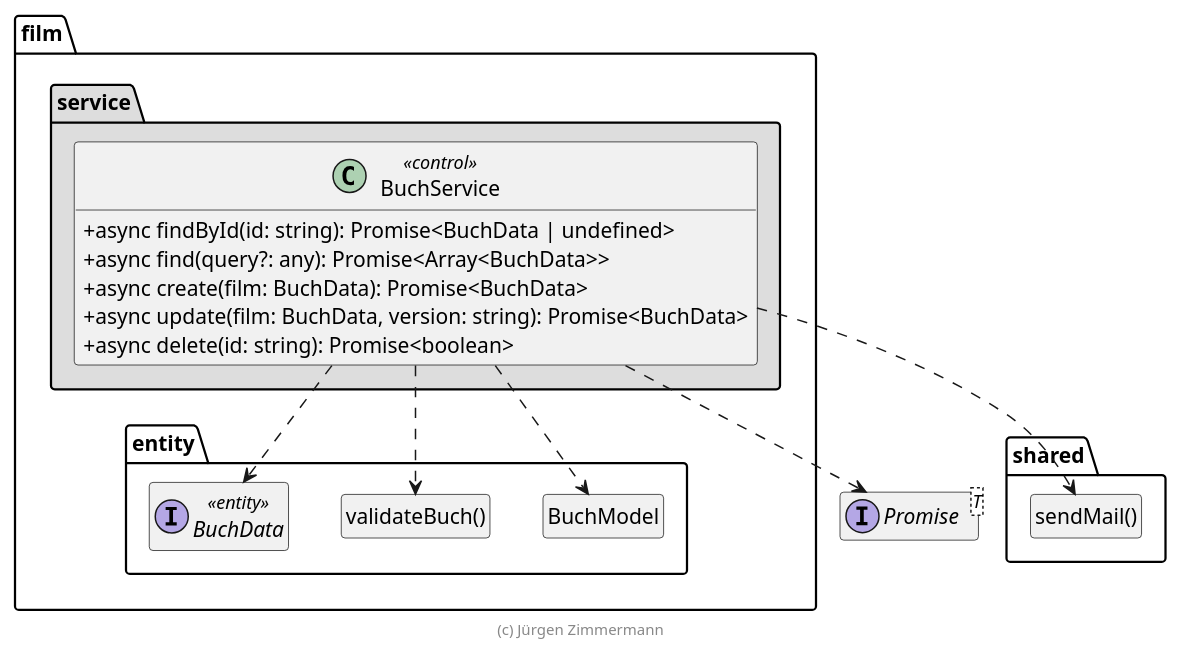
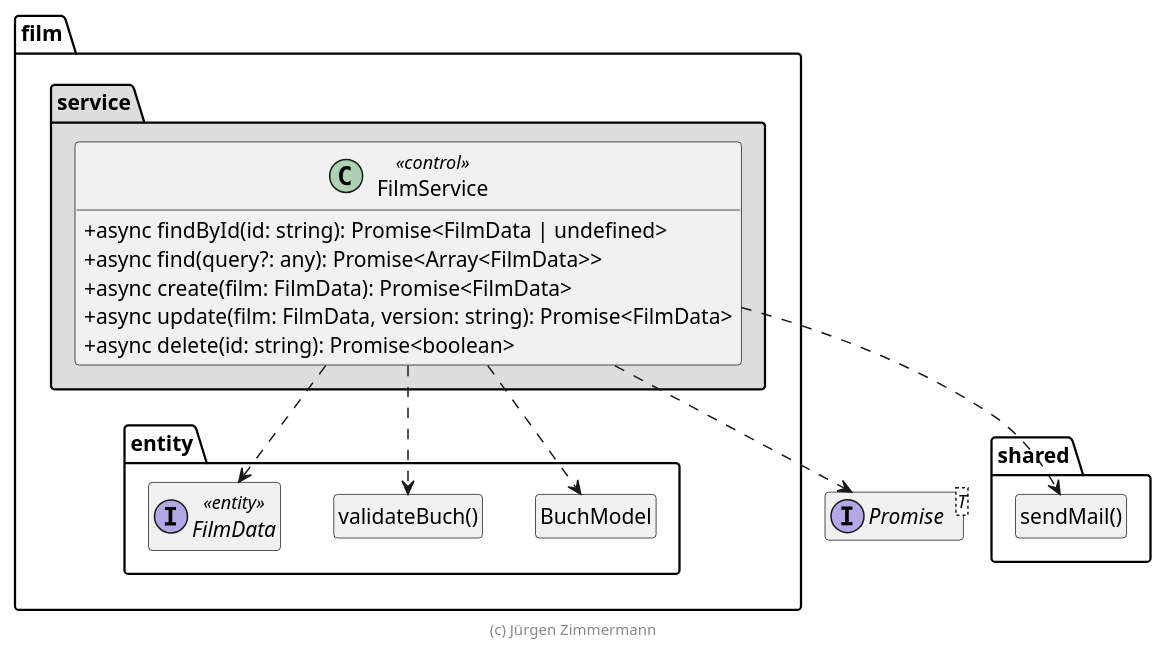
The diagram in doc/entwicklerhandbuch/FilmService.puml (marcelmaerdian/SWE_WS2020), drawn with PlantUML before and after one commit. The commit also changed 24 other files, not shown here.

```diff
--- a/doc/entwicklerhandbuch/FilmService.puml
+++ b/doc/entwicklerhandbuch/FilmService.puml
@@ -15,46 +15,46 @@
 @startuml Anwendungskern
 
 !pragma useNewPackage
 skinparam classAttributeIconSize 0
 skinparam componentStyle uml2
 
 interface Promise<T>
 
 package shared {
   class "sendMail()" as sendMail
   hide sendMail circle
 }
 
 package film {
   package entity {
     class BuchModel
     hide BuchModel circle
 
     class "validateBuch()" as validateBuch
     hide validateBuch circle
 
-    interface BuchData <<entity>>
+    interface FilmData <<entity>>
   }
 
   package service #DDDDDD {
-    BuchService ..> Promise
-    BuchService ..> BuchModel
-    BuchService ..> BuchData
-    BuchService ..> validateBuch
-    BuchService ..> sendMail
+    FilmService ..> Promise
+    FilmService ..> BuchModel
+    FilmService ..> FilmData
+    FilmService ..> validateBuch
+    FilmService ..> sendMail
 
-    class BuchService << control >> {
-      + async findById(id: string): Promise<BuchData | undefined>
-      + async find(query?: any): Promise<Array<BuchData>>
-      + async create(film: BuchData): Promise<BuchData>
-      + async update(film: BuchData, version: string): Promise<BuchData>
+    class FilmService << control >> {
+      + async findById(id: string): Promise<FilmData | undefined>
+      + async find(query?: any): Promise<Array<FilmData>>
+      + async create(film: FilmData): Promise<FilmData>
+      + async update(film: FilmData, version: string): Promise<FilmData>
       + async delete(id: string): Promise<boolean>
     }
   }
 }
 
 hide empty members
 
 footer (c) Jürgen Zimmermann
 
 @enduml
```
